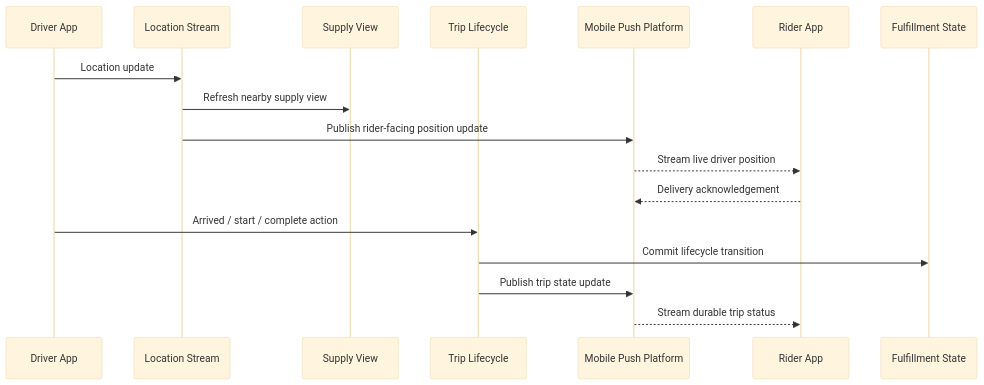
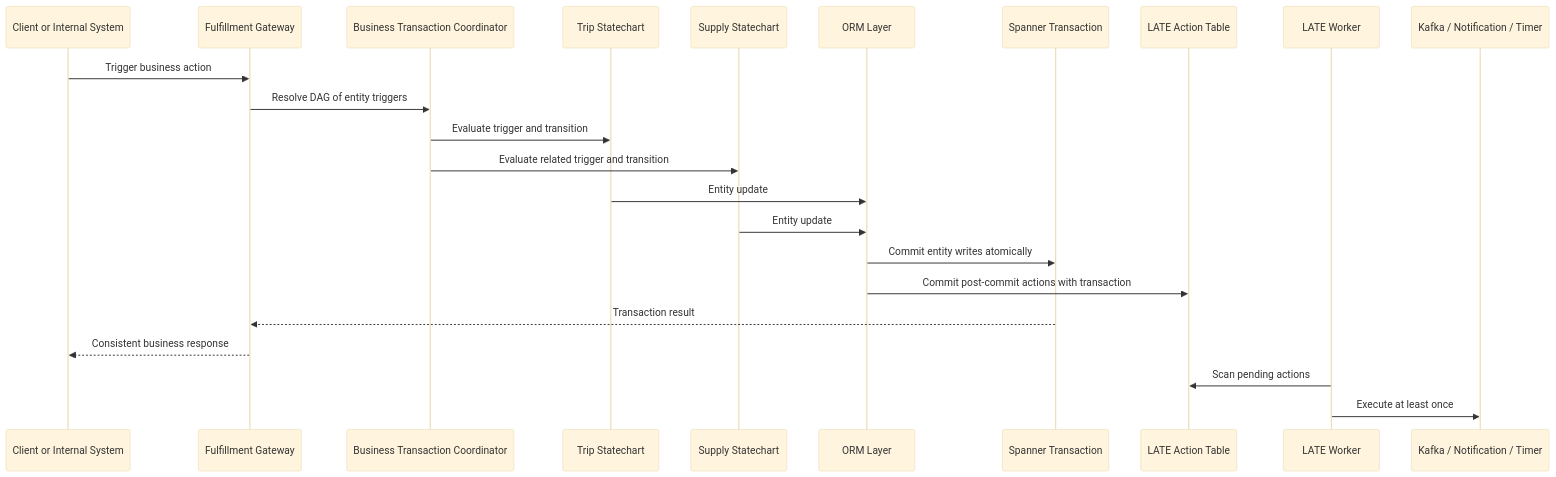
One commit to max9159/system-design changed the third of 3 diagrams in architecture/uber/index.md. Above: the diagram before and after it, drawn with Mermaid (base theme). The commit also changed other lines of this file, not shown here.

Commit message:
Update Uber Fulfillment Platform case study with detailed architecture insights and programming model changes

````diff
--- a/architecture/uber/index.md
+++ b/architecture/uber/index.md
@@ -91,21 +106,26 @@
 ```mermaid
 sequenceDiagram
-    participant Driver as Driver App
-    participant Location as Location Stream
-    participant Supply as Supply View
-    participant Trip as Trip Lifecycle
-    participant Push as Mobile Push Platform
-    participant Rider as Rider App
-    participant Store as Fulfillment State
+    participant Caller as Client or Internal System
+    participant Gateway as Fulfillment Gateway
+    participant BTC as Business Transaction Coordinator
+    participant Trip as Trip Statechart
+    participant Supply as Supply Statechart
+    participant ORM as ORM Layer
+    participant DB as Spanner Transaction
+    participant LATE as LATE Action Table
+    participant Worker as LATE Worker
+    participant SideEffect as Kafka / Notification / Timer
 
-    Driver->>Location: Location update
-    Location->>Supply: Refresh nearby supply view
-    Location->>Push: Publish rider-facing position update
-    Push-->>Rider: Stream live driver position
-    Rider-->>Push: Delivery acknowledgement
-
-    Driver->>Trip: Arrived / start / complete action
-    Trip->>Store: Commit lifecycle transition
-    Trip->>Push: Publish trip state update
-    Push-->>Rider: Stream durable trip status
+    Caller->>Gateway: Trigger business action
+    Gateway->>BTC: Resolve DAG of entity triggers
+    BTC->>Trip: Evaluate trigger and transition
+    BTC->>Supply: Evaluate related trigger and transition
+    Trip->>ORM: Entity update
+    Supply->>ORM: Entity update
+    ORM->>DB: Commit entity writes atomically
+    ORM->>LATE: Commit post-commit actions with transaction
+    DB-->>Gateway: Transaction result
+    Gateway-->>Caller: Consistent business response
+    Worker->>LATE: Scan pending actions
+    Worker->>SideEffect: Execute at least once
 ```
````
